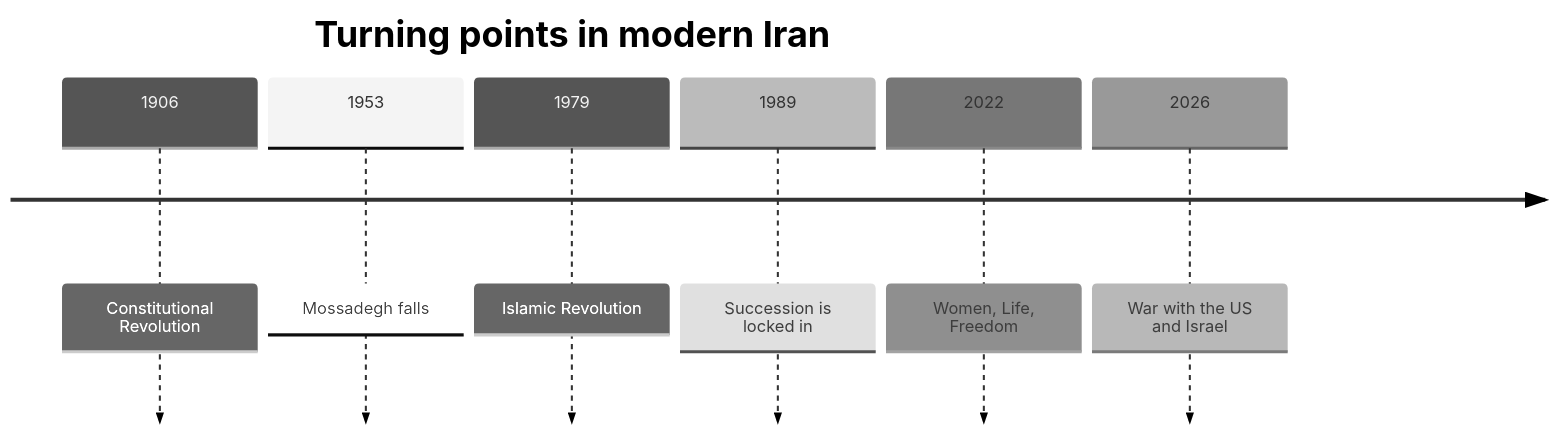
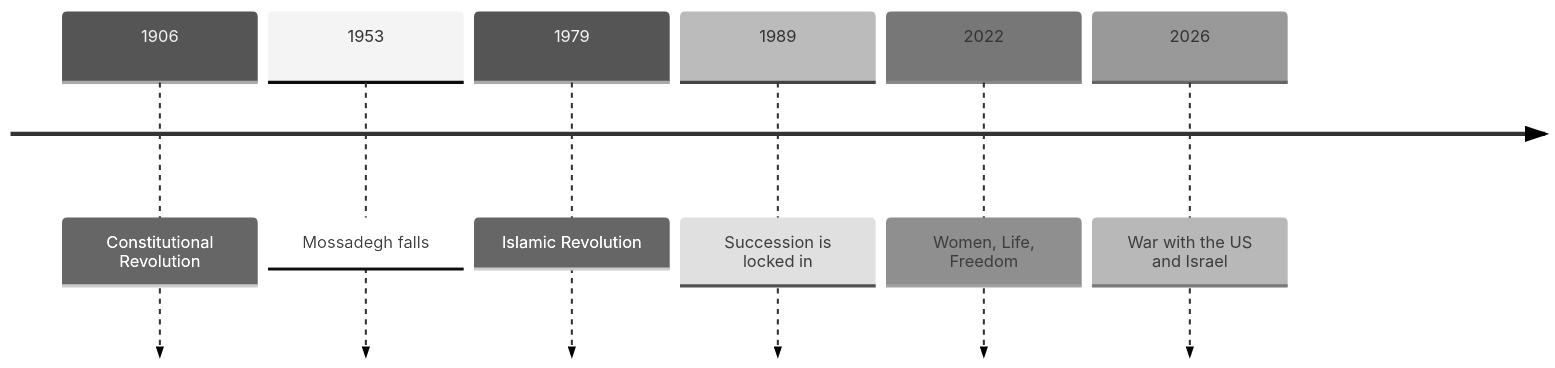
The second of 2 diagrams in articles/report/iran-geopolitical-profile/en/index.mdx (daylight55/research), drawn with Mermaid (neutral theme) before and after one commit. The commit also changed other lines of this file and 181 other files, not shown here.

First line of the commit message:
全記事の図解368点を再生成し、共通注意書きを削除 (#402)

````diff
--- a/articles/report/iran-geopolitical-profile/en/index.mdx
+++ b/articles/report/iran-geopolitical-profile/en/index.mdx
@@ -48,10 +55,13 @@
 ```mermaid
 timeline
-  title Turning points in modern Iran
+  accTitle: From Iran's constitutional revolution to external conflict
+  accDescr: The chronology covers constitutionalism, the 1953 coup, revolution, leadership succession, civic protest and external war.
+  accTitle: From Iran's constitutional revolution to external conflict
+  accDescr: The chronology covers constitutionalism, the 1953 coup, revolution, leadership succession, civic protest and external war.
   1906 : Constitutional Revolution
   1953 : Mossadegh falls
   1979 : Islamic Revolution
   1989 : Succession is locked in
   2022 : Women, Life, Freedom
   2026 : War with the US and Israel
 ```
````
